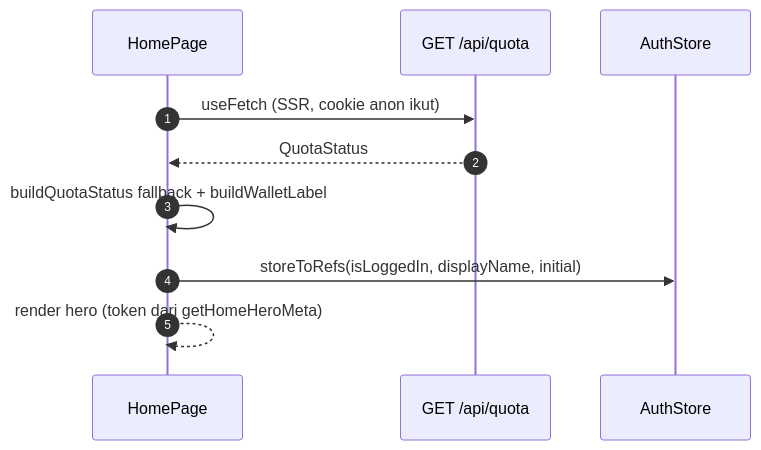
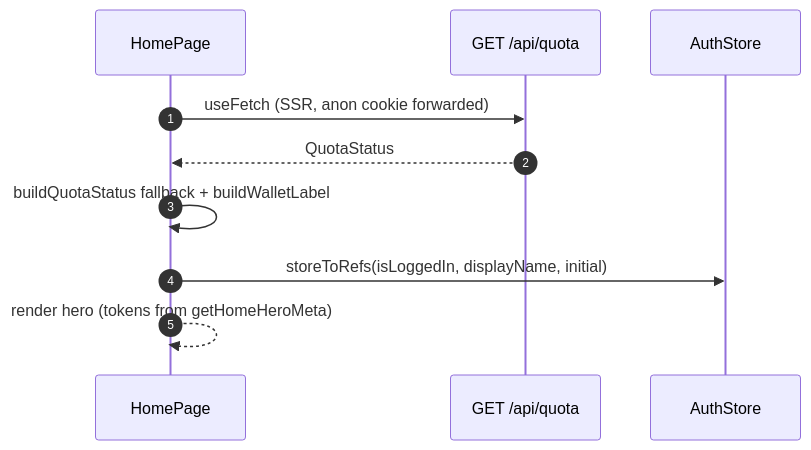
Before and after one commit to agestasaputra/wikendo-web-app: the diagram in docs/architecture/flows/home/README.md, drawn with Mermaid. The commit also changed other lines of this file and 103 other files, not shown here.

````diff
--- a/docs/architecture/flows/home/README.md
+++ b/docs/architecture/flows/home/README.md
@@ -24,12 +24,12 @@
 ```mermaid
 sequenceDiagram
     autonumber
     participant Page as HomePage
     participant API as GET /api/quota
     participant Auth as AuthStore
-    Page->>API: useFetch (SSR, cookie anon ikut)
+    Page->>API: useFetch (SSR, anon cookie forwarded)
     API-->>Page: QuotaStatus
     Page->>Page: buildQuotaStatus fallback + buildWalletLabel
     Page->>Auth: storeToRefs(isLoggedIn, displayName, initial)
-    Page-->>Page: render hero (token dari getHomeHeroMeta)
+    Page-->>Page: render hero (tokens from getHomeHeroMeta)
 ```
````
